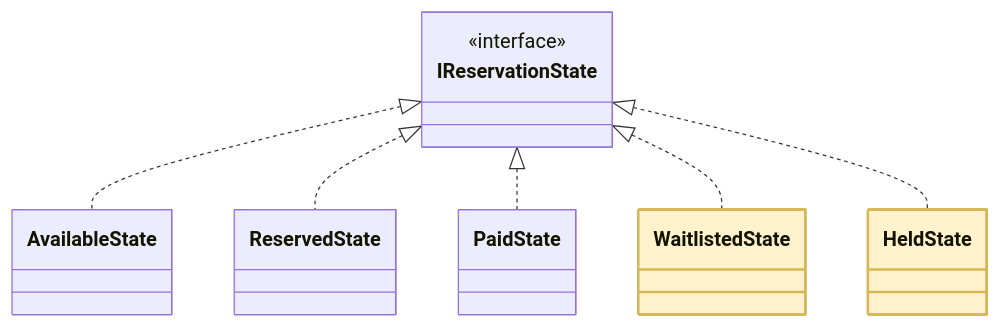
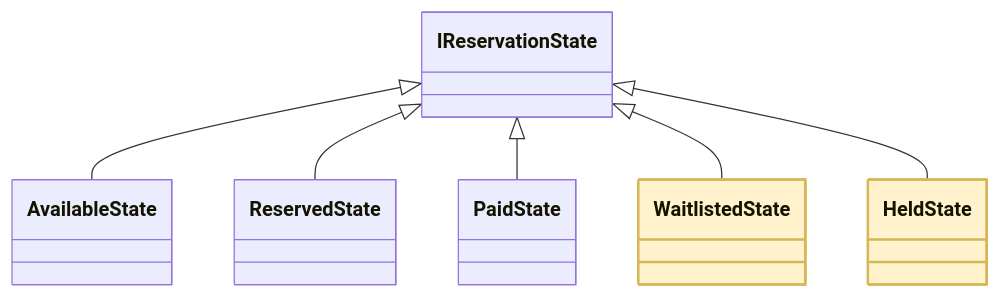
One commit to kumachan1101-pixel/DesignPattern changed diagram 13 of 22 in kindle/design-patterns/output/chapter03.md. Above: the diagram before and after it, drawn with Mermaid. The commit also changed other lines of this file and 30 other files, not shown here.

````diff
--- a/kindle/design-patterns/output/chapter03.md
+++ b/kindle/design-patterns/output/chapter03.md
@@ -1792,17 +1802,17 @@
 ```mermaid
 classDiagram
-    class IReservationState { <<interface>> }
+    class IReservationState
     class AvailableState
     class ReservedState
     class PaidState
     class WaitlistedState
     class HeldState
-    IReservationState <|.. AvailableState
-    IReservationState <|.. ReservedState
-    IReservationState <|.. PaidState
-    IReservationState <|.. WaitlistedState
-    IReservationState <|.. HeldState
+    IReservationState <|-- AvailableState
+    IReservationState <|-- ReservedState
+    IReservationState <|-- PaidState
+    IReservationState <|-- WaitlistedState
+    IReservationState <|-- HeldState
     class HeldState:::focus
     class WaitlistedState:::focus
     classDef focus fill:#FFF2CC,stroke:#D6B656,stroke-width:2px
 ```
````
